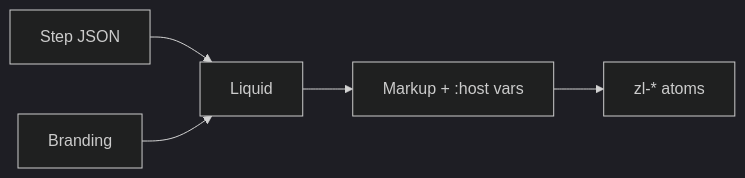
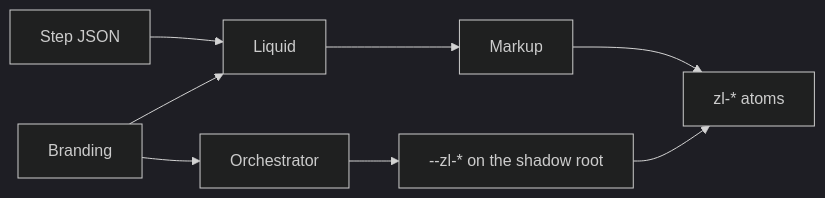
Before and after one commit to zitadel/nextgen: the diagram in docs/design/branding/README.md, drawn with Mermaid (dark theme). The commit also changed other lines of this file and 3 other files, not shown here.

````diff
--- a/docs/design/branding/README.md
+++ b/docs/design/branding/README.md
@@ -11,7 +11,10 @@
 ```mermaid
 graph LR
     S[Step JSON] --> L[Liquid]
     B[Branding] --> L
-    L --> X["Markup + :host vars"]
+    L --> X[Markup]
+    B --> O[Orchestrator]
+    O --> V["--zl-* on the shadow root"]
     X --> A[zl-* atoms]
+    V --> A
 ```
````
